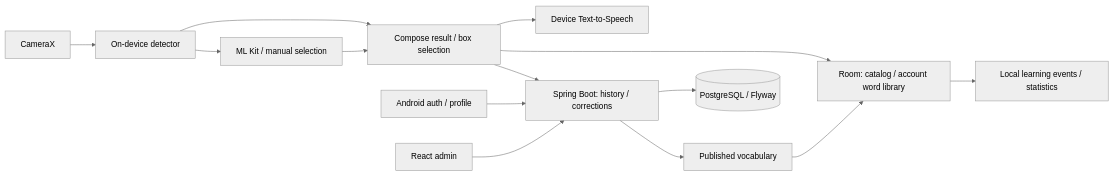
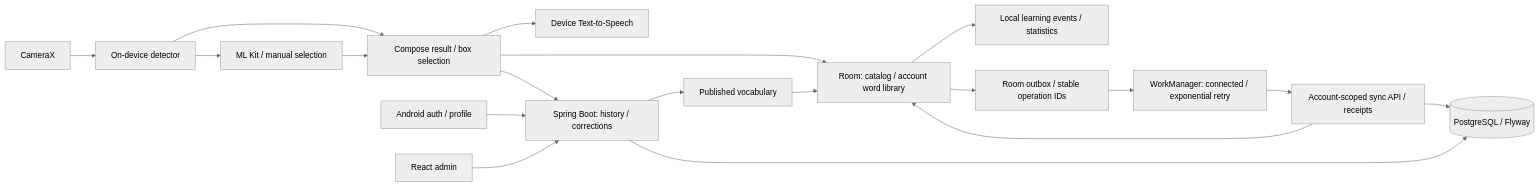
The diagram in README.md (TrinhQuocDat542005/LingoLens), drawn with Mermaid (neutral theme) before and after one commit. The commit also changed other lines of this file and 30 other files, not shown here.

Commit message:
feat: add durable account sync with idempotent operations

````diff
--- a/README.md
+++ b/README.md
@@ -38,16 +41,21 @@
 ```mermaid
 flowchart LR
     Camera[CameraX] --> Vision[On-device detector]
     Vision --> Result[Compose result / box selection]
     Vision --> Fallback[ML Kit / manual selection]
     Fallback --> Result
     Result --> Cache[Room: catalog / account word library]
     Result --> TTS[Device Text-to-Speech]
     Cache --> Progress[Local learning events / statistics]
+    Cache --> Outbox[Room outbox / stable operation IDs]
+    Outbox --> Worker[WorkManager: connected / exponential retry]
+    Worker --> Sync[Account-scoped sync API / receipts]
+    Sync --> DB
+    Sync --> Cache
     API --> Catalog[Published vocabulary]
     Catalog --> Cache
     Result --> API[Spring Boot: history / corrections]
     Android[Android auth / profile] --> API
     Admin[React admin] --> API
     API --> DB[(PostgreSQL / Flyway)]
 ```
````
